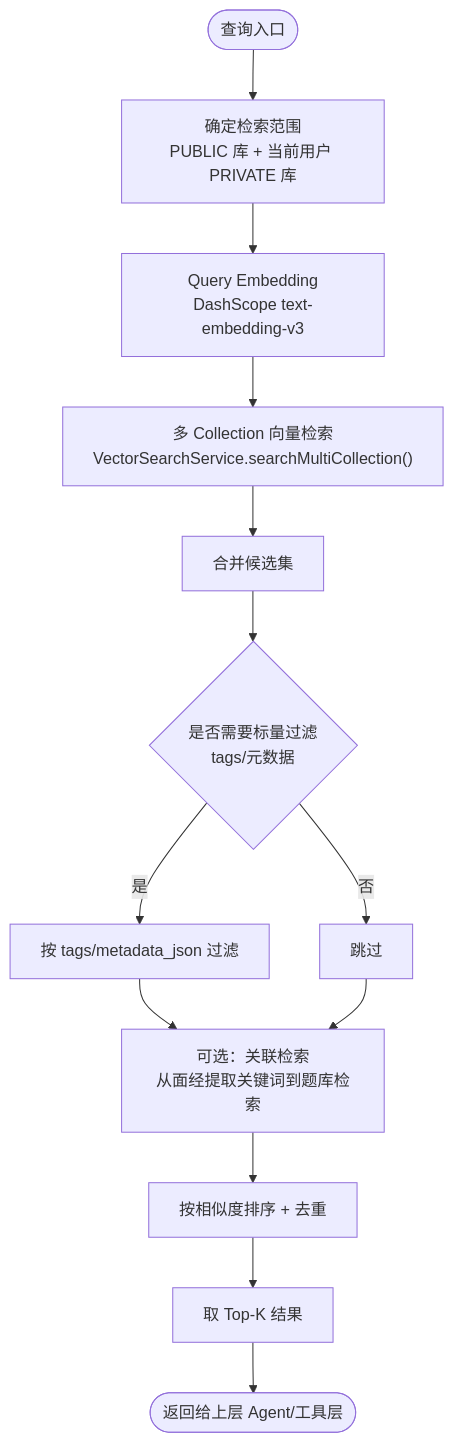
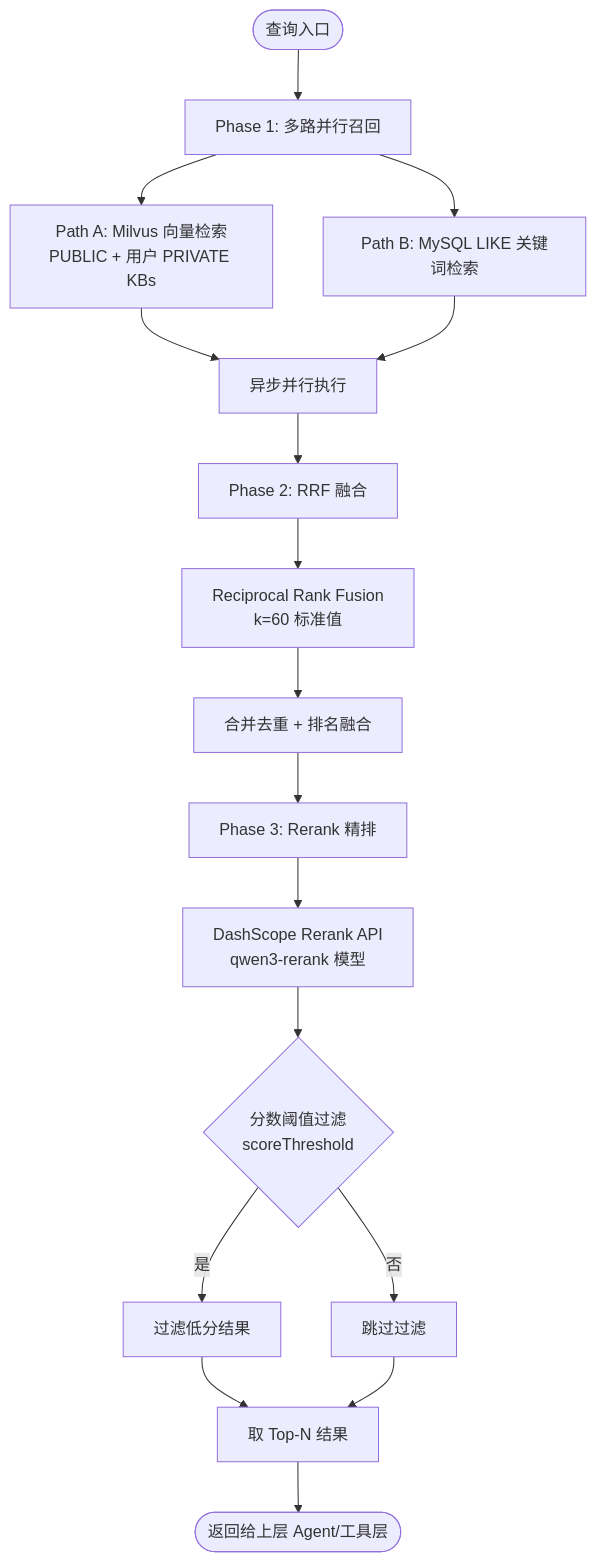
The fourth of 8 diagrams in .qoder/repowiki/zh/content/RAG 面试题处理全链路.md (Miss-zhi/OfferPilot), drawn with Mermaid before and after one commit. The commit also changed other lines of this file and 25 other files, not shown here.

````diff
--- a/.qoder/repowiki/zh/content/RAG 面试题处理全链路.md
+++ b/.qoder/repowiki/zh/content/RAG 面试题处理全链路.md
@@ -169,15 +170,19 @@
 ```mermaid
 flowchart TD
-Start(["查询入口"]) --> Scope["确定检索范围<br/>PUBLIC 库 + 当前用户 PRIVATE 库"]
-Scope --> VQ["Query Embedding<br/>DashScope text-embedding-v3"]
-VQ --> Multi["多 Collection 向量检索<br/>VectorSearchService.searchMultiCollection()"]
-Multi --> Merge["合并候选集"]
-Merge --> Filter{"是否需要标量过滤<br/>tags/元数据"}
-Filter --> |是| Scalar["按 tags/metadata_json 过滤"]
-Filter --> |否| Skip["跳过"]
-Scalar --> Relate["可选：关联检索<br/>从面经提取关键词到题库检索"]
-Skip --> Relate
-Relate --> Rank["按相似度排序 + 去重"]
-Rank --> TopK["取 Top-K 结果"]
-TopK --> End(["返回给上层 Agent/工具层"])
+Start(["查询入口"]) --> Phase1["Phase 1: 多路并行召回"]
+Phase1 --> PathA["Path A: Milvus 向量检索<br/>PUBLIC + 用户 PRIVATE KBs"]
+Phase1 --> PathB["Path B: MySQL LIKE 关键词检索"]
+PathA --> Parallel["异步并行执行"]
+PathB --> Parallel
+Parallel --> Phase2["Phase 2: RRF 融合"]
+Phase2 --> RRF["Reciprocal Rank Fusion<br/>k=60 标准值"]
+RRF --> Merge["合并去重 + 排名融合"]
+Merge --> Phase3["Phase 3: Rerank 精排"]
+Phase3 --> Rerank["DashScope Rerank API<br/>qwen3-rerank 模型"]
+Rerank --> Filter{"分数阈值过滤<br/>scoreThreshold"}
+Filter --> |是| Threshold["过滤低分结果"]
+Filter --> |否| Skip["跳过过滤"]
+Threshold --> TopN["取 Top-N 结果"]
+Skip --> TopN
+TopN --> End(["返回给上层 Agent/工具层"])
 ```
````
